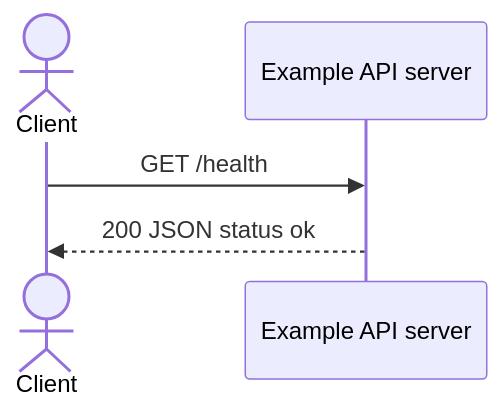
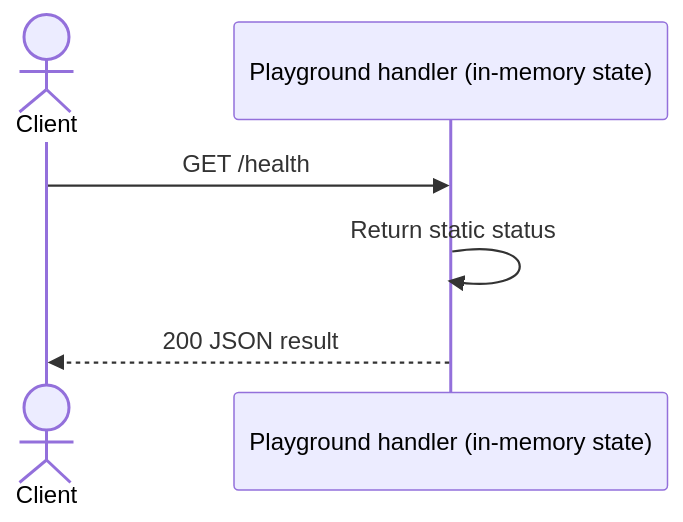
One commit to ipondnakab/speckub changed the diagram in examples/node-api/docs/api/health.md. Above: the diagram before and after it, drawn with Mermaid. The commit also changed other lines of this file and 21 other files, not shown here.

Commit message:
feat: expand playground with CRUD and deeply nested API examples

````diff
--- a/examples/node-api/docs/api/health.md
+++ b/examples/node-api/docs/api/health.md
@@ -75,7 +83,8 @@
 ```mermaid
 sequenceDiagram
     actor Client
-    participant API as Example API server
+    participant API as Playground handler (in-memory state)
     Client->>API: GET /health
-    API-->>Client: 200 JSON status ok
+    API->>API: Return static status
+    API-->>Client: 200 JSON result
 ```
````
